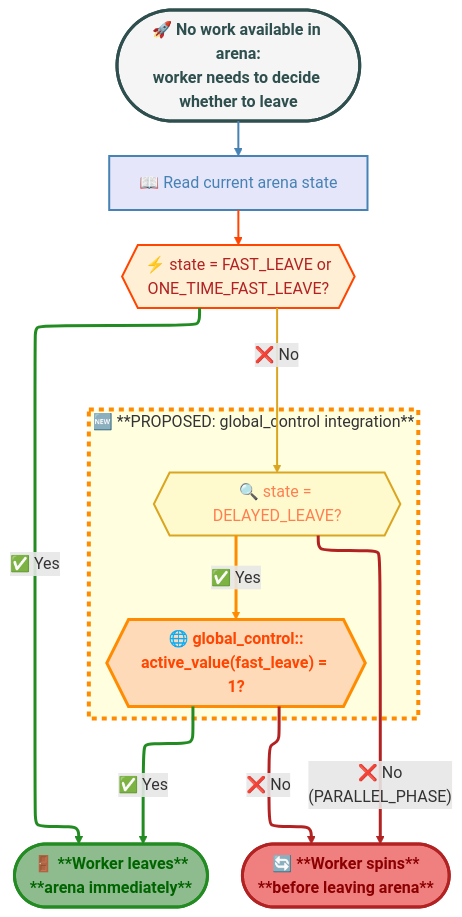
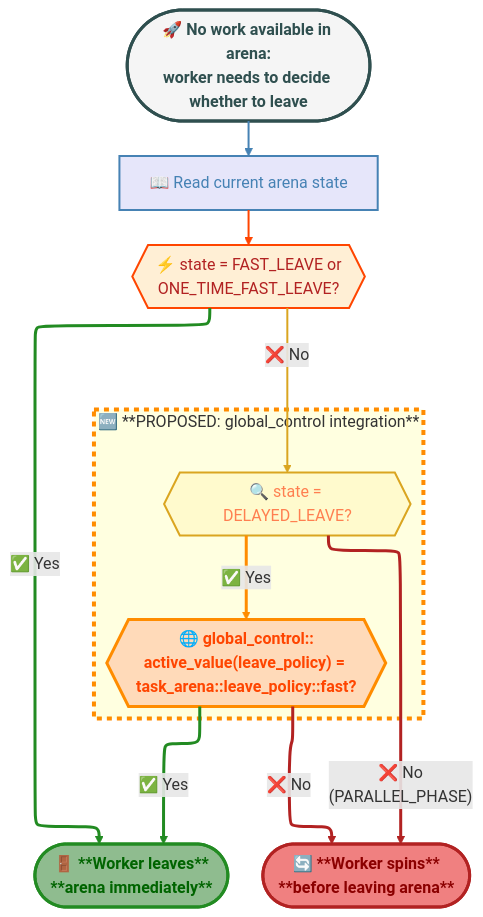
Before and after one commit to uxlfoundation/oneTBB: the diagram in rfcs/proposed/global_control_fast_leave/README.md, drawn with Mermaid. The commit also changed other lines of this file, not shown here.

Commit message:
Align names and values with `task_arena::leave_policy`

````diff
--- a/rfcs/proposed/global_control_fast_leave/README.md
+++ b/rfcs/proposed/global_control_fast_leave/README.md
@@ -106,40 +106,40 @@
 ```mermaid
 %%{init: {"layout": "elk"}}%%
 flowchart TD
     Start([🚀 No work available in arena:<br/>worker needs to decide whether to leave])
     Start --> ReadState[📖 Read current arena state]
     ReadState --> CheckFastLeave{{"⚡ state = FAST_LEAVE or<br/>ONE_TIME_FAST_LEAVE?"}}
 
     CheckFastLeave -->|"✅ Yes"| LeaveImmediately([🚪 **Worker leaves**<br/>**arena immediately**])
     CheckFastLeave -->|"❌ No"| CheckDelayed
 
     CheckDelayed -->|"❌ No<br/>&lpar;PARALLEL_PHASE&rpar;"| SpinBeforeLeave([🔄 **Worker spins**<br/>**before leaving arena**])
     CheckDelayed -->|"✅ Yes"| CheckGlobal
 
     subgraph PROPOSED ["🆕 **PROPOSED: global_control integration**"]
         direction TB
         CheckDelayed{{"🔍 state = DELAYED_LEAVE?"}}
-        CheckGlobal{{"🌐 global_control::<br/>active_value&lpar;fast_leave&rpar; = 1?"}}
+        CheckGlobal{{"🌐 global_control::<br/>active_value&lpar;leave_policy&rpar; = task_arena::leave_policy::fast?"}}
     end
 
     CheckGlobal -->|"✅ Yes"| LeaveImmediately
     CheckGlobal -->|"❌ No"| SpinBeforeLeave
 
     style Start            fill:whitesmoke,stroke:darkslategray,stroke-width:3px,color:darkslategray,font-weight:bold
     style ReadState        fill:lavender,stroke:steelblue,stroke-width:2px,color:steelblue
     style CheckFastLeave   fill:papayawhip,stroke:orangered,stroke-width:2px,color:firebrick
     style LeaveImmediately fill:darkseagreen,stroke:forestgreen,stroke-width:3px,color:darkgreen,font-weight:bold
     style SpinBeforeLeave  fill:lightcoral,stroke:firebrick,stroke-width:3px,color:darkred,font-weight:bold
     style CheckDelayed     fill:lemonchiffon,stroke:goldenrod,stroke-width:2px,color:coral
     style CheckGlobal      fill:peachpuff,stroke:darkorange,stroke-width:3px,color:orangered,font-weight:bold
     style PROPOSED         fill:lightyellow,stroke:darkorange,stroke-width:4px,stroke-dasharray:5 5
 
     linkStyle 0 stroke:steelblue,stroke-width:2px
     linkStyle 1 stroke:orangered,stroke-width:2px
     linkStyle 2 stroke:forestgreen,stroke-width:3px
     linkStyle 3 stroke:goldenrod,stroke-width:2px
     linkStyle 4 stroke:firebrick,stroke-width:3px
     linkStyle 5 stroke:darkorange,stroke-width:3px
     linkStyle 6 stroke:forestgreen,stroke-width:3px
     linkStyle 7 stroke:firebrick,stroke-width:3px
 ```
````
